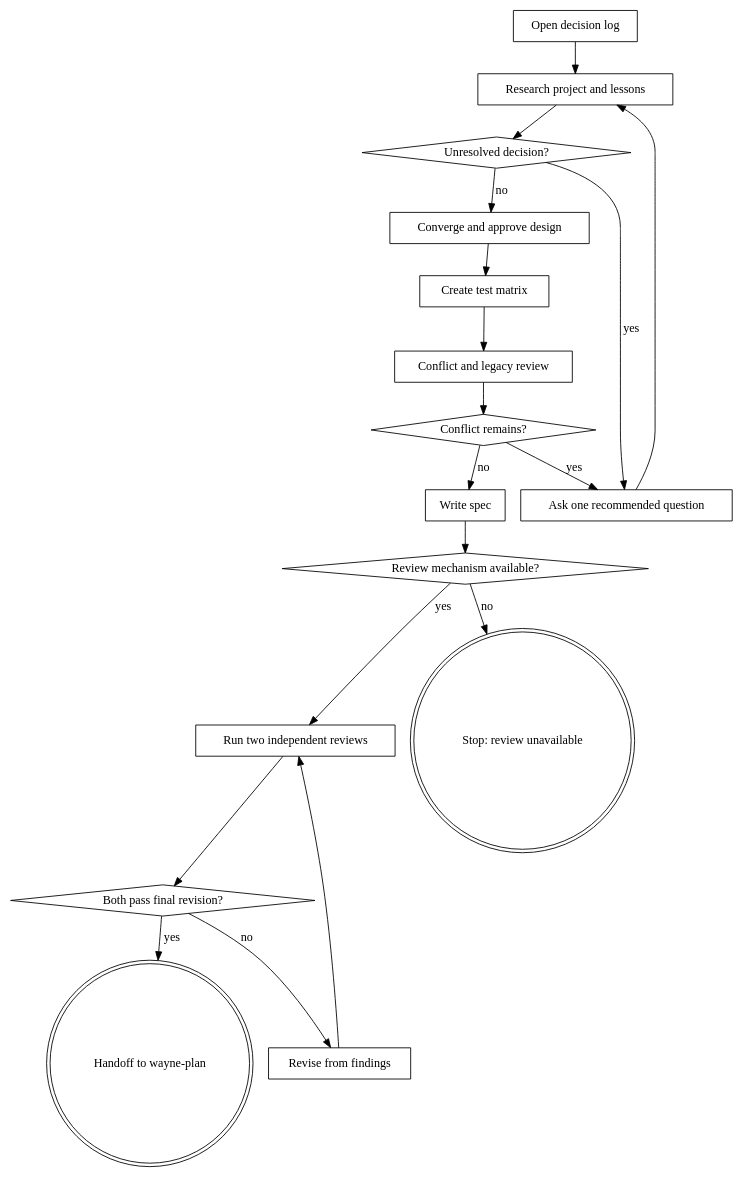
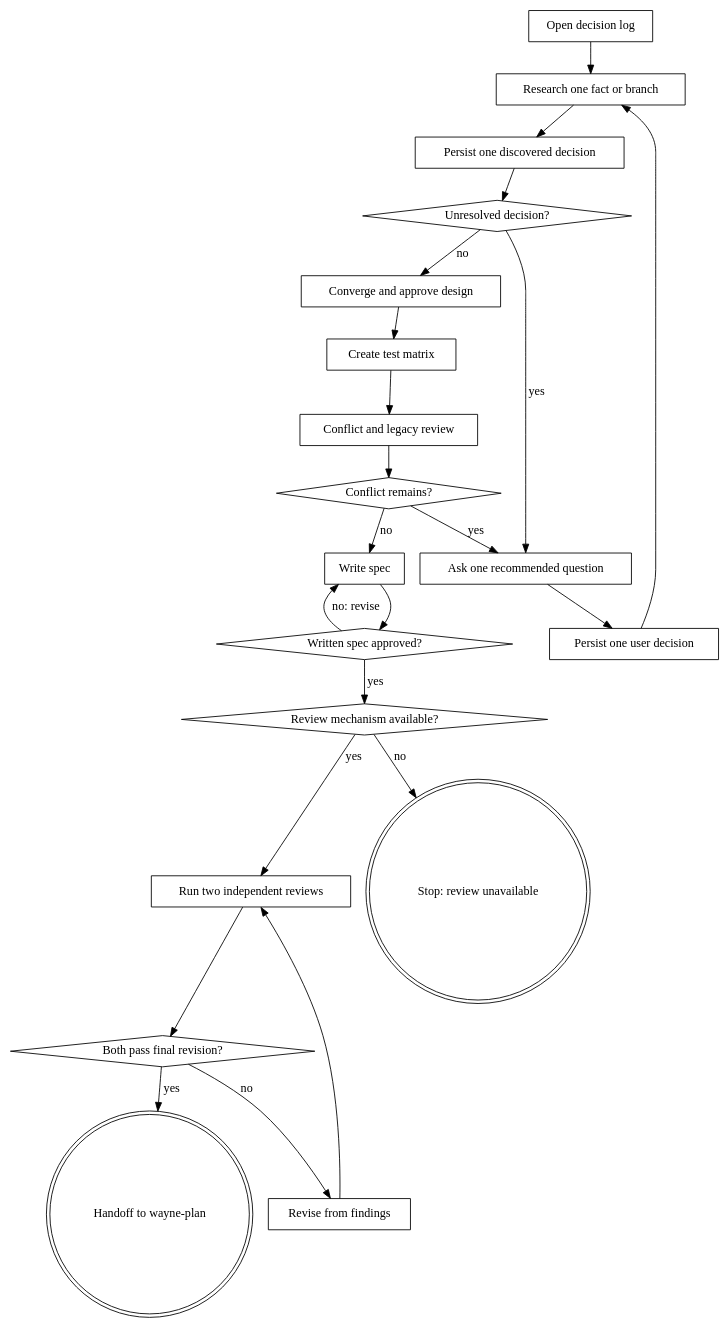
The diagram in wayne-mind-explode/SKILL.md (waynejing995/wayne-taste), drawn with Graphviz before and after one commit. The commit also changed other lines of this file and 15 other files, not shown here.

````diff
--- a/wayne-mind-explode/SKILL.md
+++ b/wayne-mind-explode/SKILL.md
@@ -26,38 +27,45 @@
 ```dot
 digraph mind_explode {
     rankdir=TB;
     A [label="Open decision log", shape=box];
-    B [label="Research project and lessons", shape=box];
+    B [label="Research one fact or branch", shape=box];
+    P [label="Persist one discovered decision", shape=box];
     C [label="Unresolved decision?", shape=diamond];
     D [label="Ask one recommended question", shape=box];
+    Q [label="Persist one user decision", shape=box];
     E [label="Converge and approve design", shape=box];
     F [label="Create test matrix", shape=box];
     G [label="Conflict and legacy review", shape=box];
     H [label="Conflict remains?", shape=diamond];
     I [label="Write spec", shape=box];
+    V [label="Written spec approved?", shape=diamond];
     J [label="Run two independent reviews", shape=box];
     K [label="Both pass final revision?", shape=diamond];
     R [label="Revise from findings", shape=box];
     U [label="Review mechanism available?", shape=diamond];
     X [label="Stop: review unavailable", shape=doublecircle];
     L [label="Handoff to wayne-plan", shape=doublecircle];
 
     A -> B;
-    B -> C;
+    B -> P;
+    P -> C;
     C -> D [label="yes"];
-    D -> B;
+    D -> Q;
+    Q -> B;
     C -> E [label="no"];
     E -> F;
     F -> G;
     G -> H;
     H -> D [label="yes"];
     H -> I [label="no"];
-    I -> U;
+    I -> V;
+    V -> I [label="no: revise"];
+    V -> U [label="yes"];
     U -> J [label="yes"];
     U -> X [label="no"];
     J -> K;
     K -> R [label="no"];
     R -> J;
     K -> L [label="yes"];
 }
 ```
````
